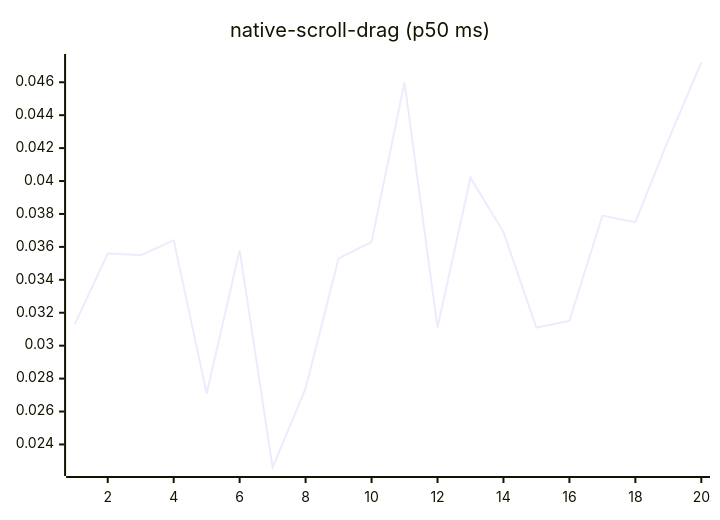
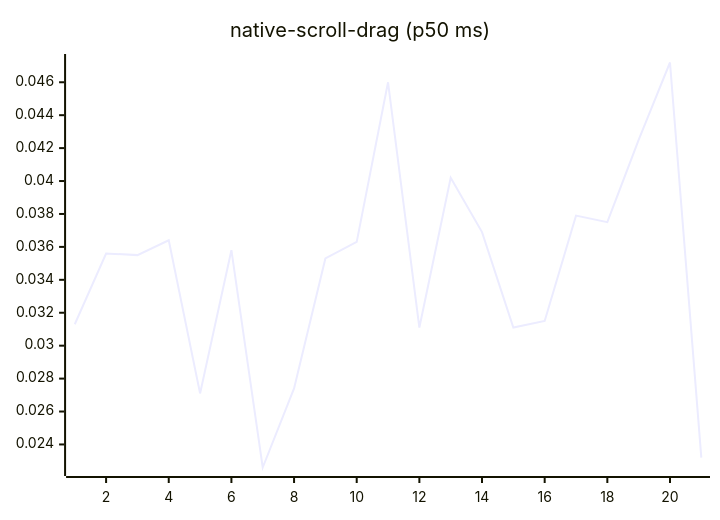
One commit to josha/Facet changed diagram 14 of 27 in README.md. Above: the diagram before and after it, drawn with Mermaid. The commit also changed other lines of this file and 2 other files, not shown here.

````diff
--- a/README.md
+++ b/README.md
@@ -154,6 +154,6 @@
 ```mermaid
 xychart-beta
     title "native-scroll-drag (p50 ms)"
-    x-axis 1 --> 20
-    line [0.0313, 0.0356, 0.0355, 0.0364, 0.0271, 0.0358, 0.0226, 0.0274, 0.0353, 0.0363, 0.0460, 0.0311, 0.0402, 0.0369, 0.0311, 0.0315, 0.0379, 0.0375, 0.0425, 0.0472]
+    x-axis 1 --> 21
+    line [0.0313, 0.0356, 0.0355, 0.0364, 0.0271, 0.0358, 0.0226, 0.0274, 0.0353, 0.0363, 0.0460, 0.0311, 0.0402, 0.0369, 0.0311, 0.0315, 0.0379, 0.0375, 0.0425, 0.0472, 0.0232]
 ```
````
